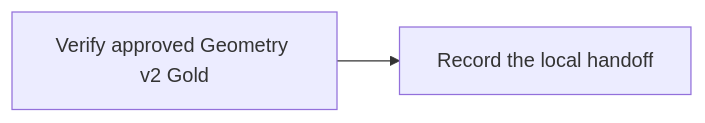
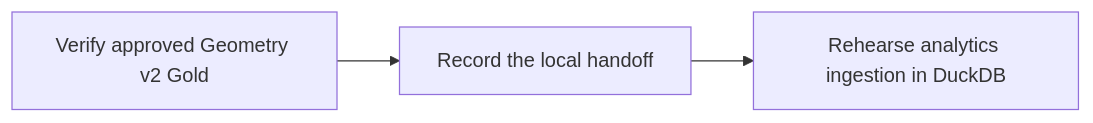
One commit to Jiahong-Que-9527/SoloLakehouse changed the diagram in Fraport-adsb-intelligence/07-platform-orchestration/README.md. Above: the diagram before and after it, drawn with Mermaid. The commit also changed other lines of this file and 1 other file, not shown here.

Commit message:
docs(fraport): record local analytics reconciliation

````diff
--- a/Fraport-adsb-intelligence/07-platform-orchestration/README.md
+++ b/Fraport-adsb-intelligence/07-platform-orchestration/README.md
@@ -47,4 +47,4 @@
 ```mermaid
 flowchart LR
-    approved_gold[Verify approved Geometry v2 Gold] --> local_handoff[Record the local handoff]
+    approved_gold[Verify approved Geometry v2 Gold] --> local_handoff[Record the local handoff] --> analytics[Rehearse analytics ingestion in DuckDB]
 ```
````
